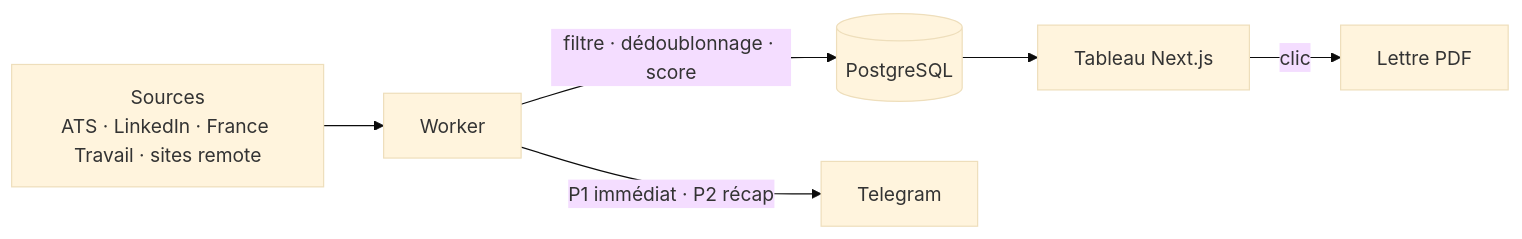
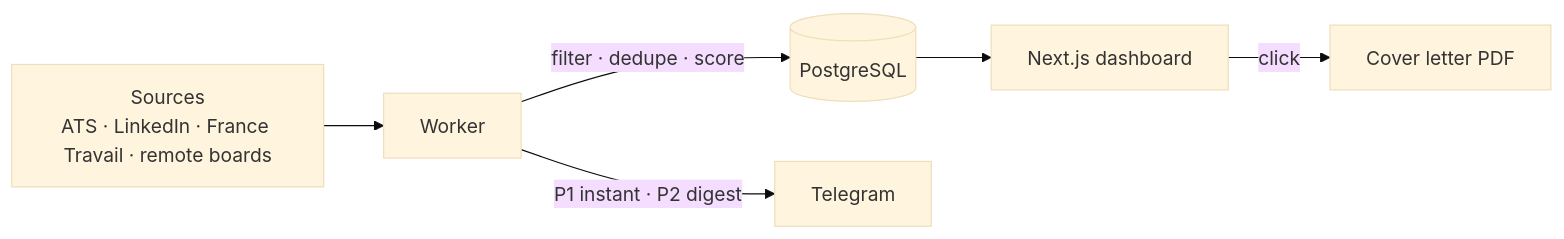
Before and after one commit to jadbouzaien/findmejob: the diagram in README.md, drawn with Mermaid (base theme). The commit also changed other lines of this file, not shown here.

````diff
--- a/README.md
+++ b/README.md
@@ -69,8 +69,8 @@
 ```mermaid
 flowchart LR
-  S[Sources<br/>ATS · LinkedIn · France Travail · sites remote] --> W[Worker]
-  W -->|filtre · dédoublonnage · score| DB[(PostgreSQL)]
-  W -->|P1 immédiat · P2 récap| T[Telegram]
-  DB --> D[Tableau Next.js]
-  D -->|clic| L[Lettre PDF]
+  S[Sources<br/>ATS · LinkedIn · France Travail · remote boards] --> W[Worker]
+  W -->|filter · dedupe · score| DB[(PostgreSQL)]
+  W -->|P1 instant · P2 digest| T[Telegram]
+  DB --> D[Next.js dashboard]
+  D -->|click| L[Cover letter PDF]
 ```
````
